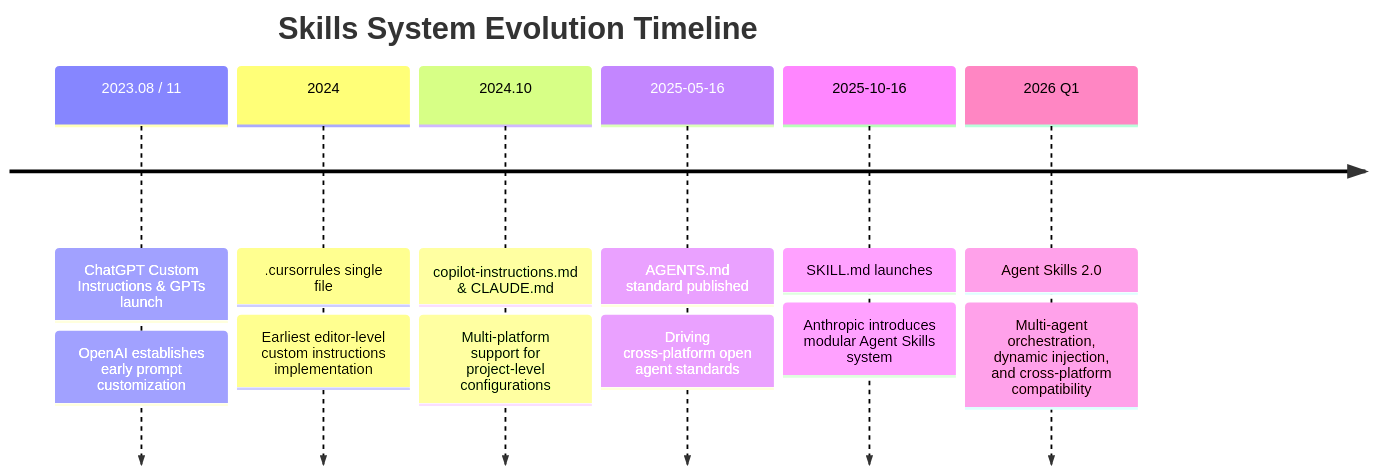
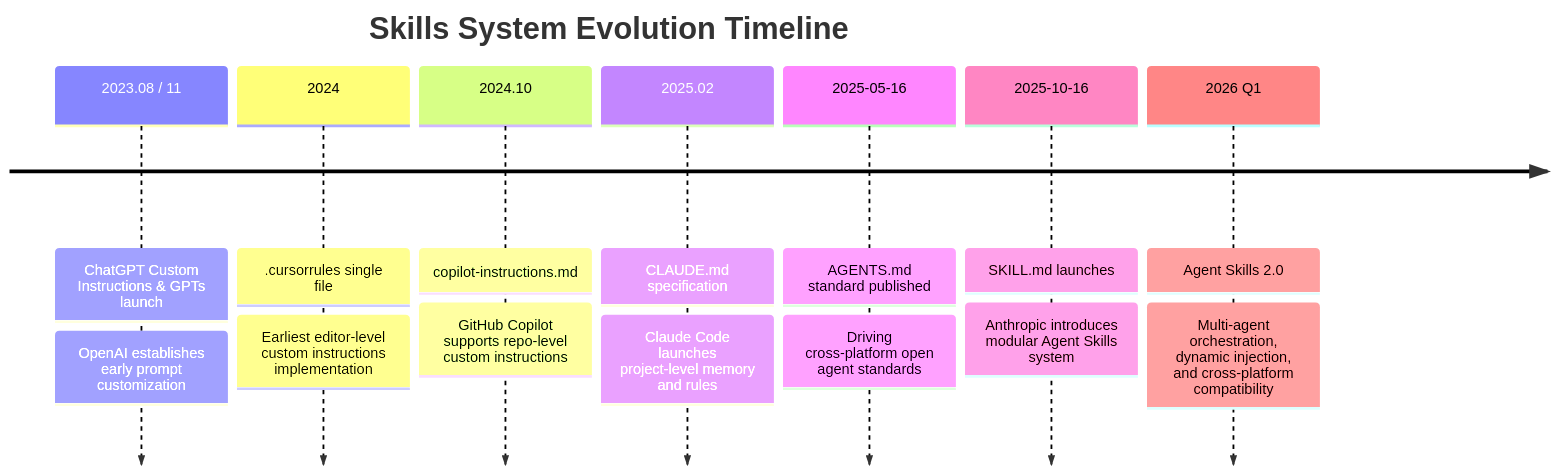
The seventh of 8 diagrams in content/en/articles/skills-guide.en.md (ifnodoraemon/ifnodoraemon.github.io), drawn with Mermaid before and after one commit. The commit also changed 4 other files, not shown here.

Commit message:
style(docs): refine deployment cost phrasing, split skills timeline milestones, and list full OCP MX consortium

````diff
--- a/content/en/articles/skills-guide.en.md
+++ b/content/en/articles/skills-guide.en.md
@@ -551,10 +551,11 @@
 ```mermaid
 timeline
     title Skills System Evolution Timeline
     2023.08 / 11 : ChatGPT Custom Instructions & GPTs launch : OpenAI establishes early prompt customization
     2024 : .cursorrules single file : Earliest editor-level custom instructions implementation
-    2024.10 : copilot-instructions.md & CLAUDE.md : Multi-platform support for project-level configurations
+    2024.10 : copilot-instructions.md : GitHub Copilot supports repo-level custom instructions
+    2025.02 : CLAUDE.md specification : Claude Code launches project-level memory and rules
     2025-05-16 : AGENTS.md standard published : Driving cross-platform open agent standards
     2025-10-16 : SKILL.md launches : Anthropic introduces modular Agent Skills system
     2026 Q1 : Agent Skills 2.0 : Multi-agent orchestration, dynamic injection, and cross-platform compatibility
 ```
````
